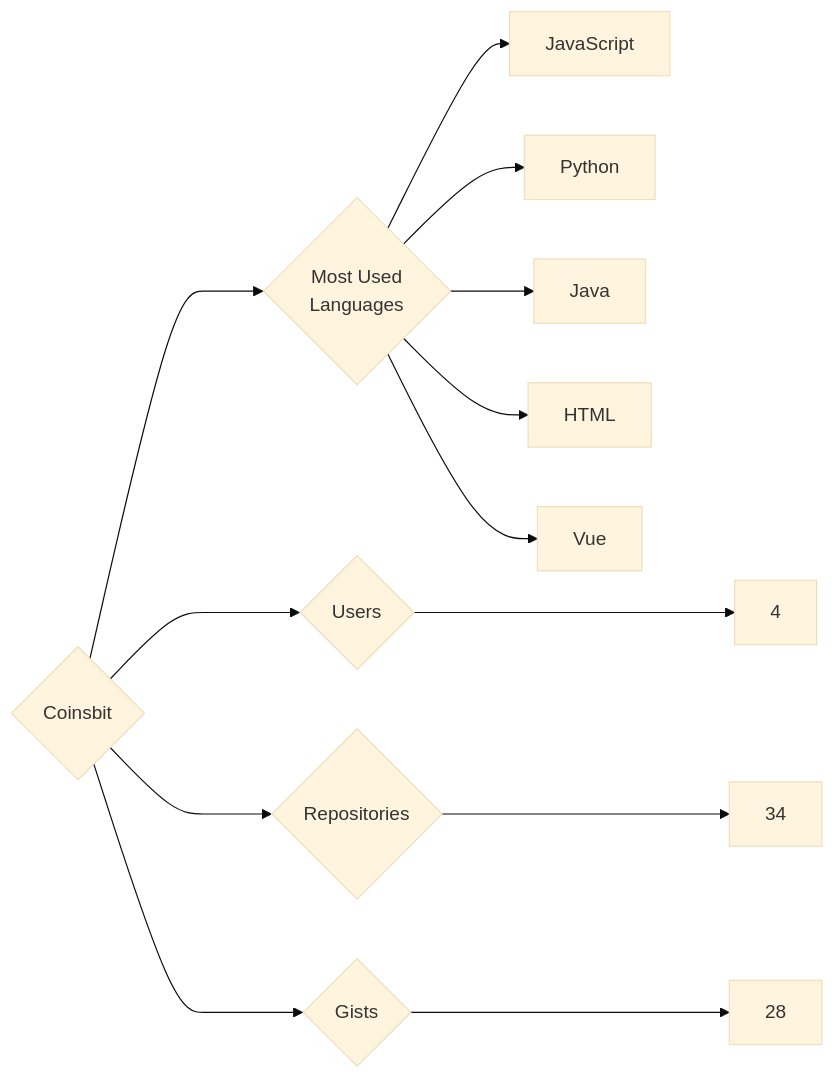
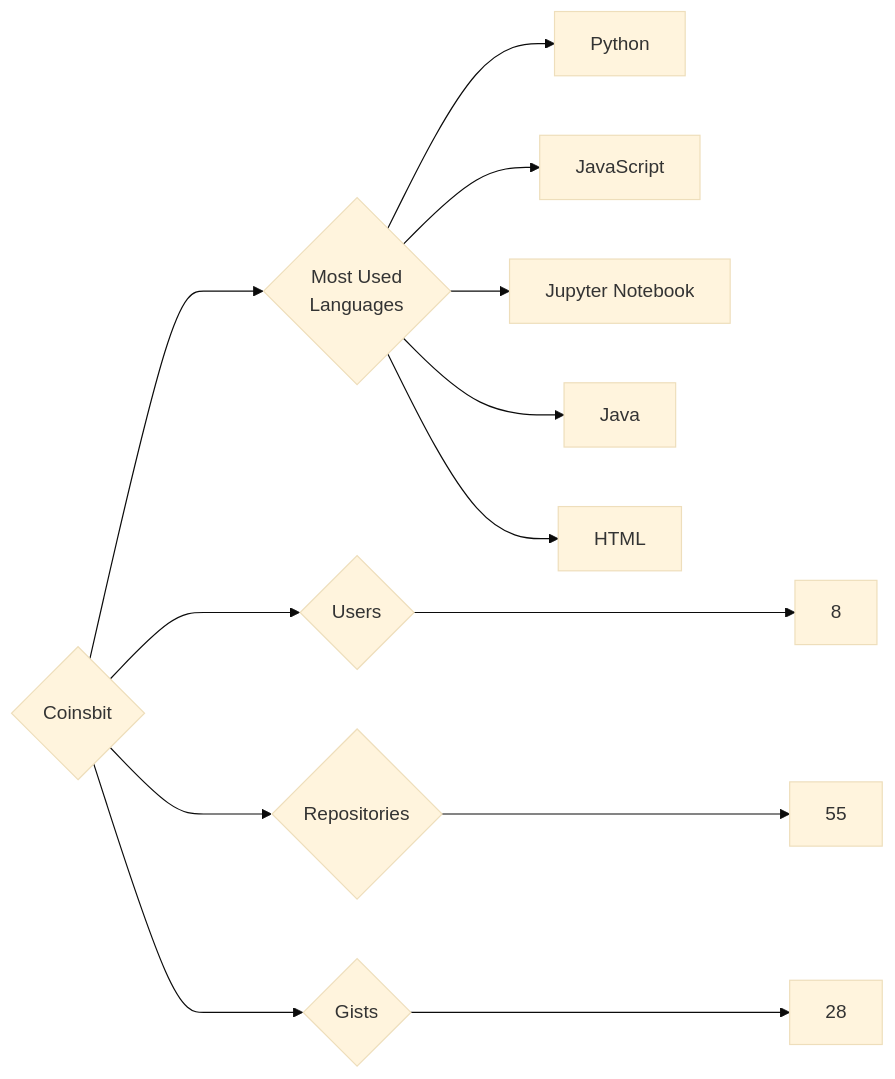
One commit to trickest/insiders changed the diagram in targets/Coinsbit/README.md. Above: the diagram before and after it, drawn with Mermaid (base theme). The commit also changed 1148 other files, not shown here.

````diff
--- a/targets/Coinsbit/README.md
+++ b/targets/Coinsbit/README.md
@@ -3,13 +3,13 @@
 ```mermaid
 graph LR
 COMPANY_NAME{Coinsbit}
-COMPANY_NAME ---> U{Users} ---> UN[4]
-COMPANY_NAME ---> R{Repositories} ---> RN[34]
+COMPANY_NAME ---> U{Users} ---> UN[8]
+COMPANY_NAME ---> R{Repositories} ---> RN[55]
 COMPANY_NAME ---> G{Gists} ---> GN[28]
 COMPANY_NAME ---> ML{Most Used<br>Languages}
+ML --> Python[Python]
 ML --> JavaScript[JavaScript]
-ML --> Python[Python]
+ML --> Jupyter_Notebook[Jupyter Notebook]
 ML --> Java[Java]
 ML --> HTML[HTML]
-ML --> Vue[Vue]
 ```
````
